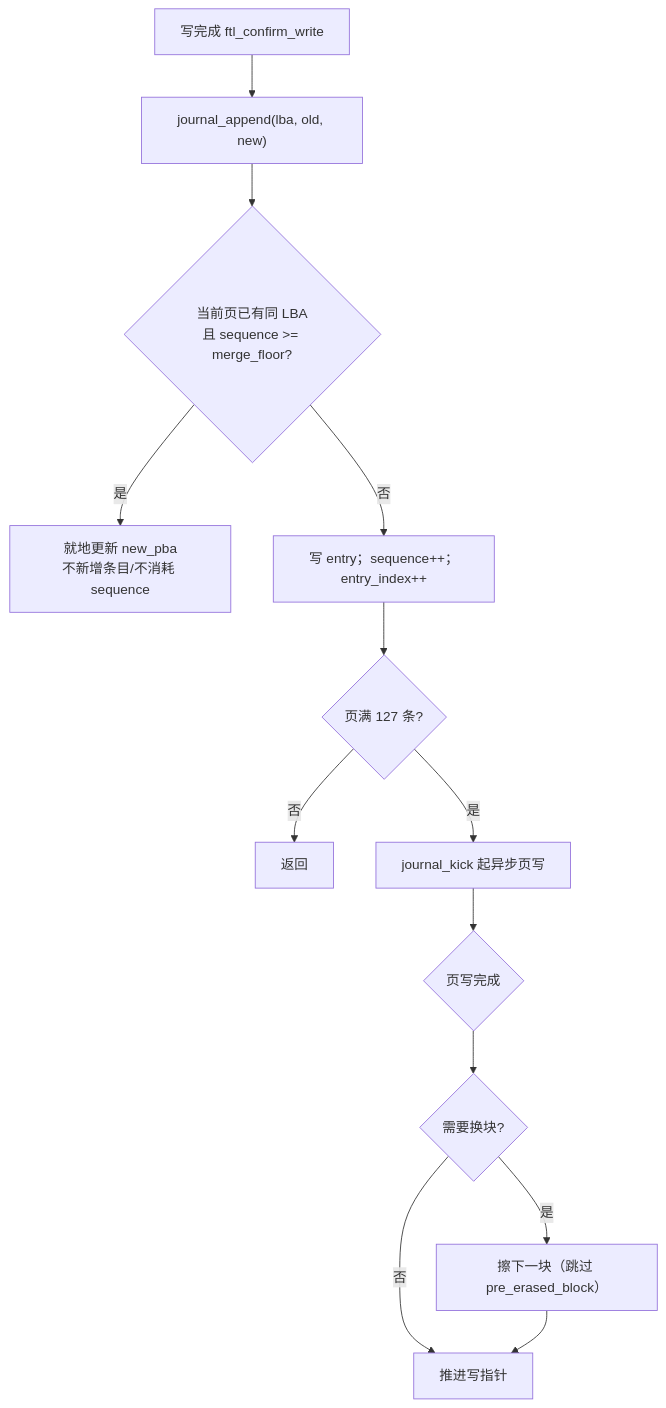
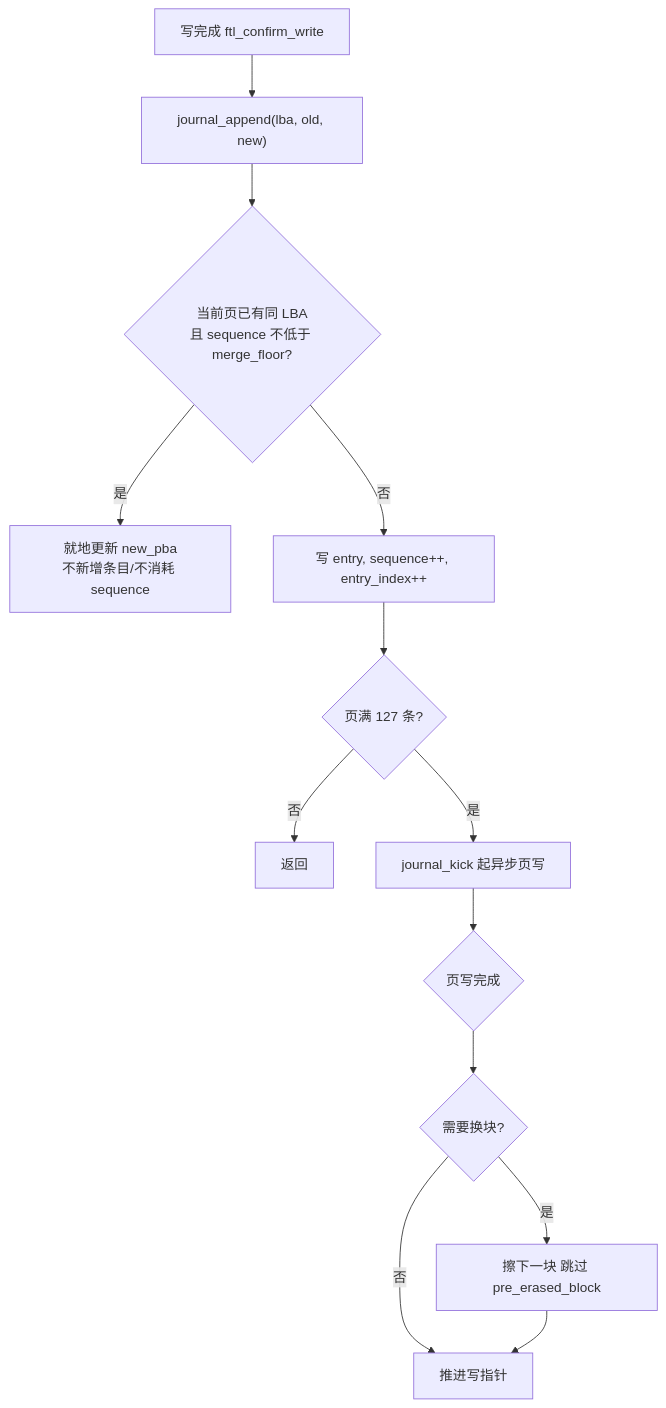
Diagram 11 of 28 in docs/design/ftl_design.md (YzYMIAO/BASESSD), drawn with Mermaid before and after one commit. The commit also changed other lines of this file, not shown here.

First line of the commit message:
docs(ftl): 修复 GitHub 目录跳转与 mermaid 渲染

````diff
--- a/docs/design/ftl_design.md
+++ b/docs/design/ftl_design.md
@@ -1615,15 +1641,15 @@
 ```mermaid
 flowchart TD
     A["写完成 ftl_confirm_write"] --> B["journal_append(lba, old, new)"]
-    B --> C{"当前页已有同 LBA<br/>且 sequence >= merge_floor?"}
+    B --> C{"当前页已有同 LBA<br/>且 sequence 不低于 merge_floor?"}
     C -- "是" --> D["就地更新 new_pba<br/>不新增条目/不消耗 sequence"]
-    C -- "否" --> E["写 entry；sequence++；entry_index++"]
+    C -- "否" --> E["写 entry, sequence++, entry_index++"]
     E --> F{"页满 127 条?"}
     F -- "否" --> G["返回"]
     F -- "是" --> H["journal_kick 起异步页写"]
     H --> I{"页写完成"}
     I --> J{"需要换块?"}
     J -- "否" --> K["推进写指针"]
-    J -- "是" --> L["擦下一块（跳过 pre_erased_block）"]
+    J -- "是" --> L["擦下一块 跳过 pre_erased_block "]
     L --> K
 ```
````
